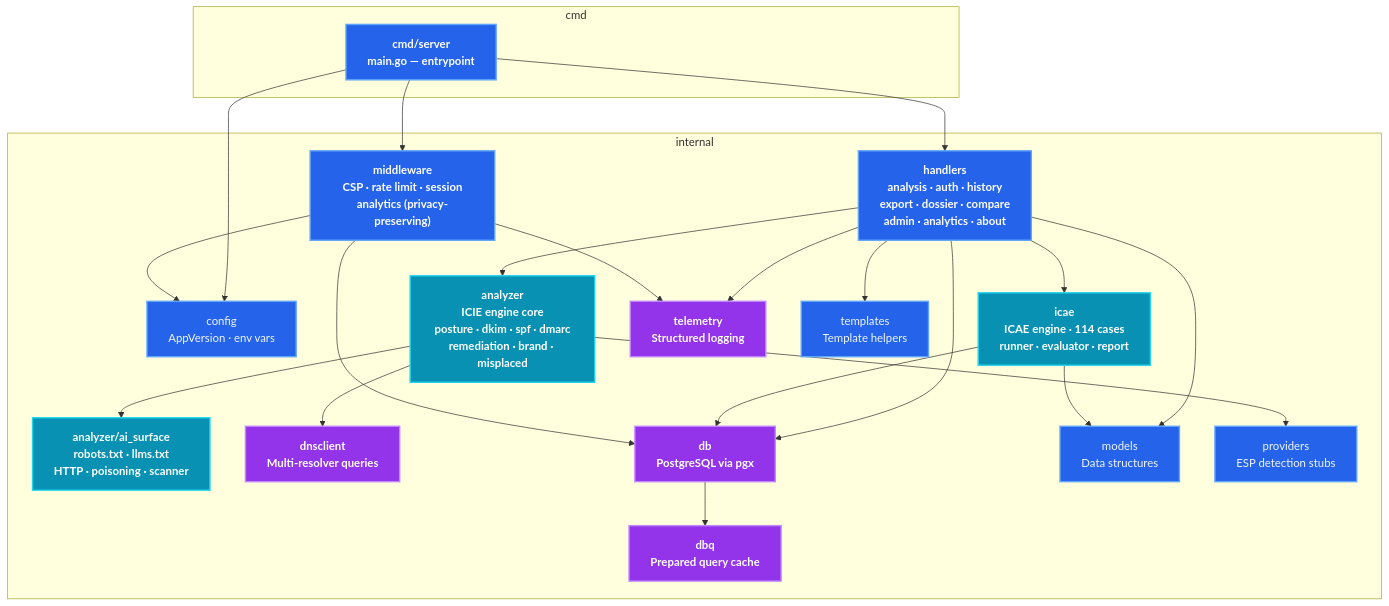
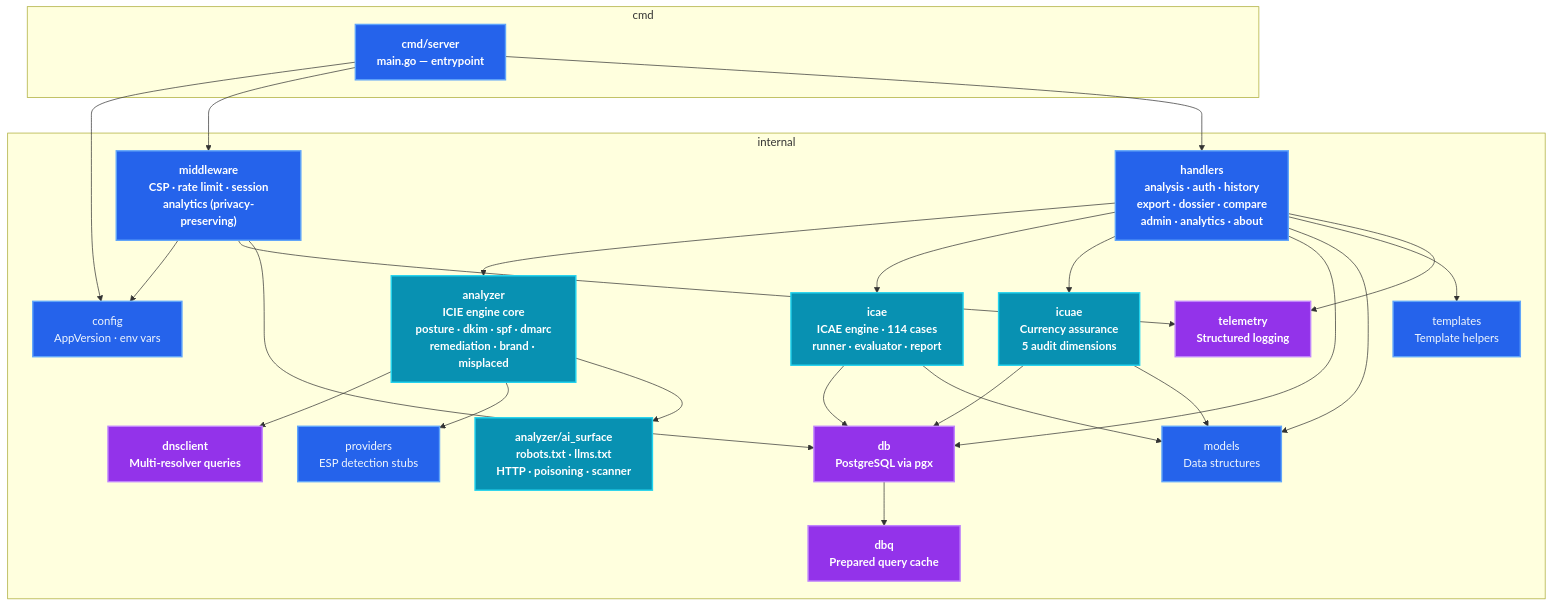
The eighth of 9 diagrams in docs/architecture/SYSTEM_ARCHITECTURE.md (IT-Help-San-Diego/dns-tool-web), drawn with Mermaid before and after one commit. The commit also changed other lines of this file and 11 other files, not shown here.

````diff
--- a/docs/architecture/SYSTEM_ARCHITECTURE.md
+++ b/docs/architecture/SYSTEM_ARCHITECTURE.md
@@ -467,39 +469,41 @@
 ```mermaid
 graph TB
     subgraph "cmd"
         Server["cmd/server<br/>main.go — entrypoint"]
     end
 
     subgraph "internal"
         Config["config<br/>AppVersion · env vars"]
         Middleware["middleware<br/>CSP · rate limit · session<br/>analytics (privacy-preserving)"]
         Handlers["handlers<br/>analysis · auth · history<br/>export · dossier · compare<br/>admin · analytics · about"]
         Analyzer["analyzer<br/>ICIE engine core<br/>posture · dkim · spf · dmarc<br/>remediation · brand · misplaced"]
         AISurface["analyzer/ai_surface<br/>robots.txt · llms.txt<br/>HTTP · poisoning · scanner"]
         ICAE2["icae<br/>ICAE engine · 114 cases<br/>runner · evaluator · report"]
+        ICuAE2["icuae<br/>Currency assurance<br/>5 audit dimensions"]
         DNSClient2["dnsclient<br/>Multi-resolver queries"]
         DB2["db<br/>PostgreSQL via pgx"]
         DBQ["dbq<br/>Prepared query cache"]
         Models["models<br/>Data structures"]
         Providers["providers<br/>ESP detection stubs"]
         Telemetry["telemetry<br/>Structured logging"]
         Templates3["templates<br/>Template helpers"]
     end
 
     Server --> Config & Middleware & Handlers
-    Handlers --> Analyzer & ICAE2 & DB2 & Models & Templates3
+    Handlers --> Analyzer & ICAE2 & ICuAE2 & DB2 & Models & Templates3
     Analyzer --> DNSClient2 & Providers & AISurface
     ICAE2 --> DB2 & Models
+    ICuAE2 --> DB2 & Models
     Handlers --> Telemetry
     DB2 --> DBQ
     Middleware --> Config & Telemetry & DB2
 
     classDef default fill:#2563eb,stroke:#60a5fa,stroke-width:2px,color:#f0f6fc
     classDef core fill:#2563eb,stroke:#60a5fa,stroke-width:2px,color:#fff,font-weight:bold
     classDef engine fill:#0891b2,stroke:#22d3ee,stroke-width:2px,color:#fff,font-weight:bold
     classDef infra fill:#9333ea,stroke:#c084fc,stroke-width:2px,color:#fff,font-weight:bold
-    class Analyzer,AISurface,ICAE2 engine
+    class Analyzer,AISurface,ICAE2,ICuAE2 engine
     class Server,Handlers,Middleware core
     class DB2,DBQ,DNSClient2,Telemetry infra
     class Config,Models,Providers,Templates3 default
 ```
````
